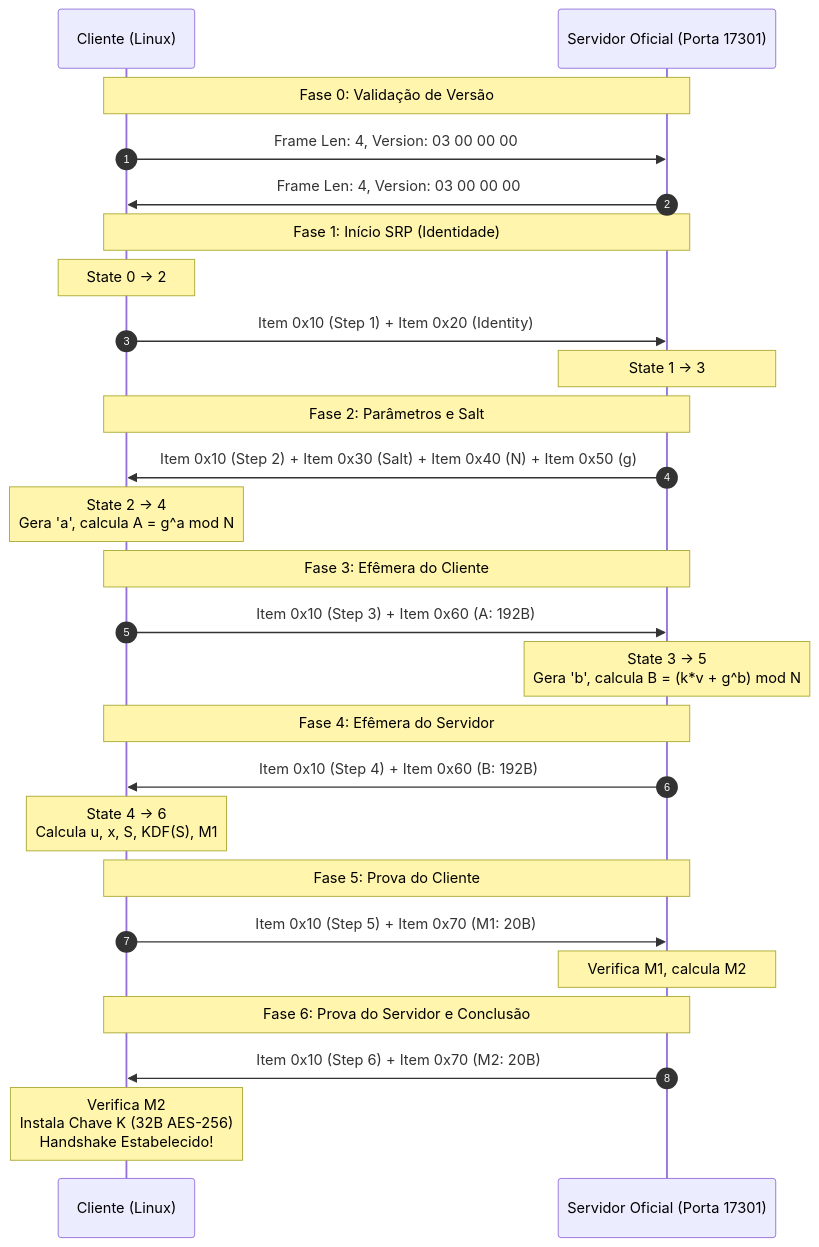
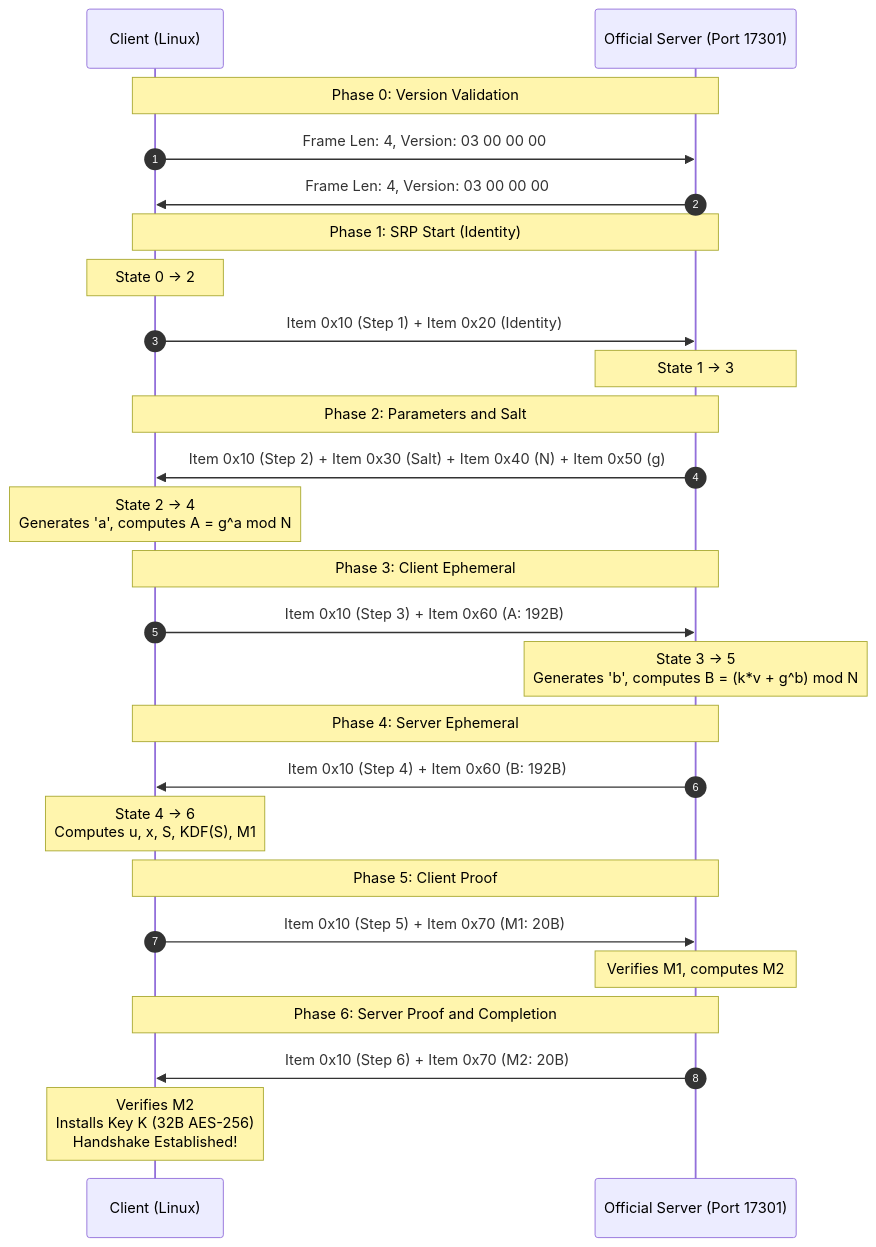
One commit to Pedrodroks34/radmin-vpn-linux-rs changed the diagram in docs/CONTROL_HANDSHAKE_SPEC.md. Above: the diagram before and after it, drawn with Mermaid. The commit also changed other lines of this file and 38 other files, not shown here.

````diff
--- a/docs/CONTROL_HANDSHAKE_SPEC.md
+++ b/docs/CONTROL_HANDSHAKE_SPEC.md
@@ -121,35 +121,35 @@
 ```mermaid
 sequenceDiagram
     autonumber
-    participant C as Cliente (Linux)
-    participant S as Servidor Oficial (Porta 17301)
+    participant C as Client (Linux)
+    participant S as Official Server (Port 17301)
 
-    Note over C, S: Fase 0: Validação de Versão
+    Note over C, S: Phase 0: Version Validation
     C->>S: Frame Len: 4, Version: 03 00 00 00
     S->>C: Frame Len: 4, Version: 03 00 00 00
 
-    Note over C, S: Fase 1: Início SRP (Identidade)
+    Note over C, S: Phase 1: SRP Start (Identity)
     Note over C: State 0 -> 2
     C->>S: Item 0x10 (Step 1) + Item 0x20 (Identity)
 
     Note over S: State 1 -> 3
-    Note over C, S: Fase 2: Parâmetros e Salt
+    Note over C, S: Phase 2: Parameters and Salt
     S->>C: Item 0x10 (Step 2) + Item 0x30 (Salt) + Item 0x40 (N) + Item 0x50 (g)
 
-    Note over C: State 2 -> 4<br/>Gera 'a', calcula A = g^a mod N
-    Note over C, S: Fase 3: Efêmera do Cliente
+    Note over C: State 2 -> 4<br/>Generates 'a', computes A = g^a mod N
+    Note over C, S: Phase 3: Client Ephemeral
     C->>S: Item 0x10 (Step 3) + Item 0x60 (A: 192B)
 
-    Note over S: State 3 -> 5<br/>Gera 'b', calcula B = (k*v + g^b) mod N
-    Note over C, S: Fase 4: Efêmera do Servidor
+    Note over S: State 3 -> 5<br/>Generates 'b', computes B = (k*v + g^b) mod N
+    Note over C, S: Phase 4: Server Ephemeral
     S->>C: Item 0x10 (Step 4) + Item 0x60 (B: 192B)
 
-    Note over C: State 4 -> 6<br/>Calcula u, x, S, KDF(S), M1
-    Note over C, S: Fase 5: Prova do Cliente
+    Note over C: State 4 -> 6<br/>Computes u, x, S, KDF(S), M1
+    Note over C, S: Phase 5: Client Proof
     C->>S: Item 0x10 (Step 5) + Item 0x70 (M1: 20B)
 
-    Note over S: Verifica M1, calcula M2
-    Note over C, S: Fase 6: Prova do Servidor e Conclusão
+    Note over S: Verifies M1, computes M2
+    Note over C, S: Phase 6: Server Proof and Completion
     S->>C: Item 0x10 (Step 6) + Item 0x70 (M2: 20B)
-    Note over C: Verifica M2<br/>Instala Chave K (32B AES-256)<br/>Handshake Estabelecido!
+    Note over C: Verifies M2<br/>Installs Key K (32B AES-256)<br/>Handshake Established!
 ```
````
